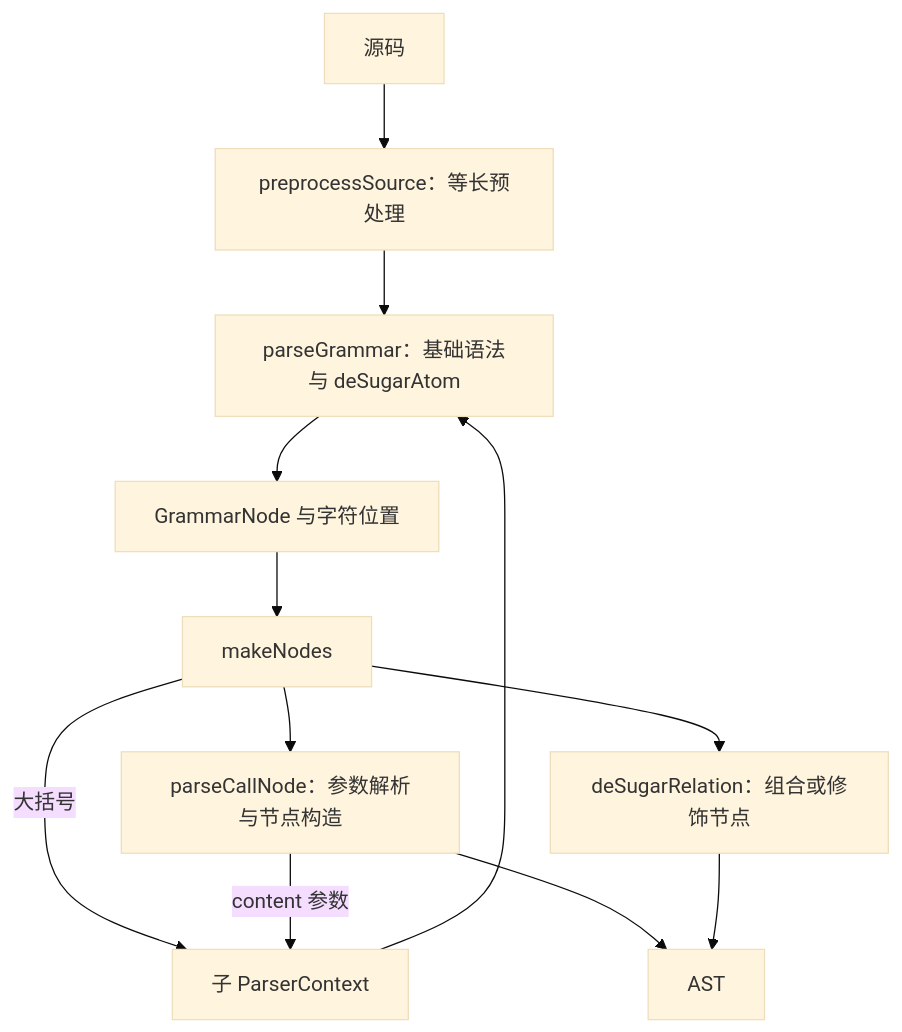
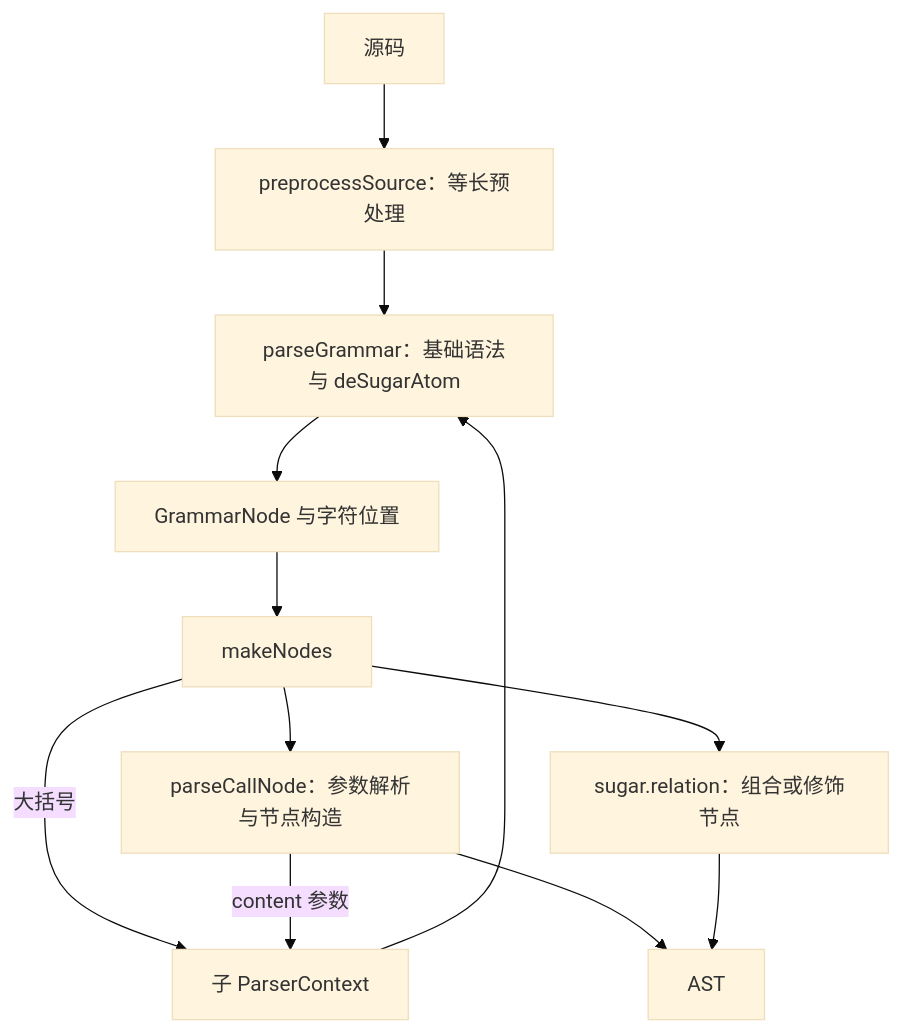
Before and after one commit to madderscientist/jpFun: the diagram in apps/docs/src/content/docs/docs/developer/parser.md, drawn with Mermaid (base theme). The commit also changed other lines of this file and 14 other files, not shown here.

First line of the commit message:
refactor!(parser): 关系去糖改为由 sugar 节点自带 relation 直接分派

````diff
--- a/apps/docs/src/content/docs/docs/developer/parser.md
+++ b/apps/docs/src/content/docs/docs/developer/parser.md
@@ -14,14 +14,14 @@
 ```mermaid
 flowchart TB
   Source["源码"] --> Preprocess["preprocessSource：等长预处理"]
   Preprocess --> Grammar["parseGrammar：基础语法与 deSugarAtom"]
   Grammar --> Nodes["GrammarNode 与字符位置"]
   Nodes --> Make["makeNodes"]
   Make --> Call["parseCallNode：参数解析与节点构造"]
-  Make --> Relation["deSugarRelation：组合或修饰节点"]
+  Make --> Relation["sugar.relation：组合或修饰节点"]
   Make -->|大括号| Child["子 ParserContext"]
   Call -->|content 参数| Child
   Child --> Grammar
   Call --> AST["AST"]
   Relation --> AST
 ```
````
